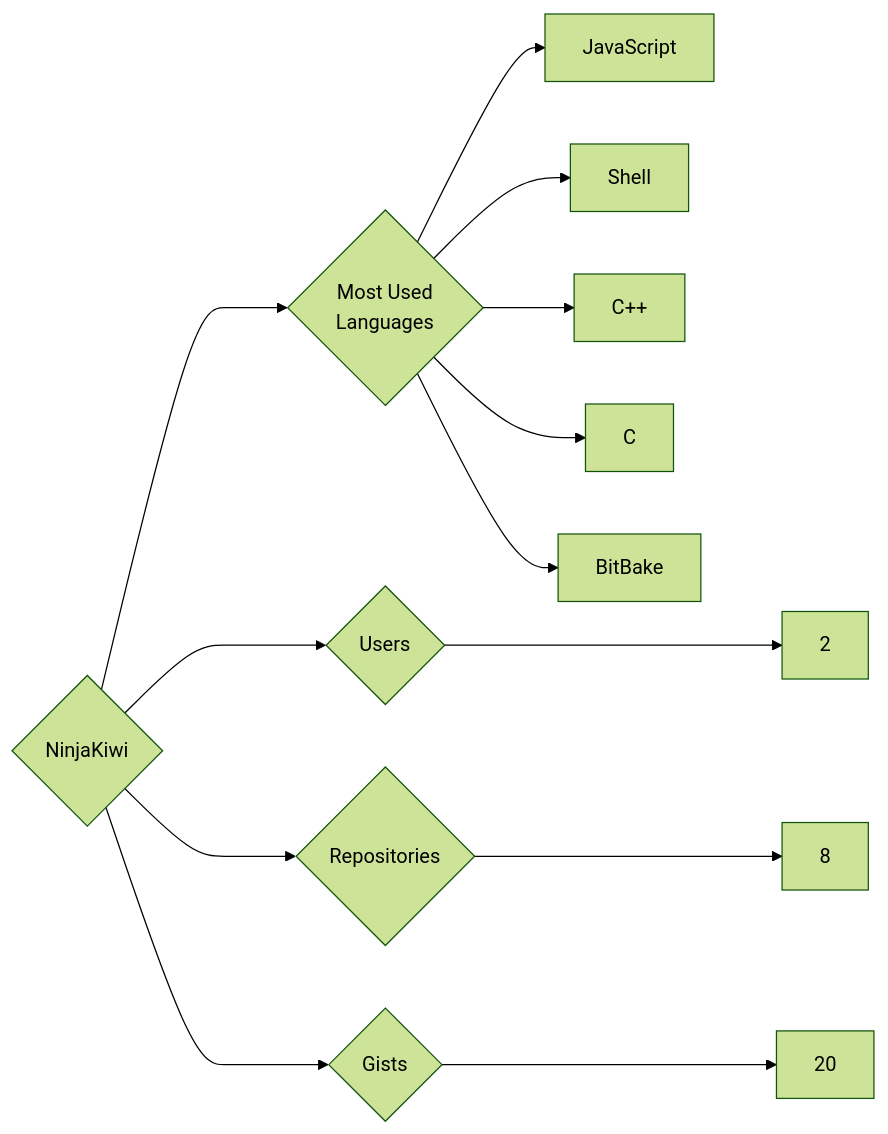
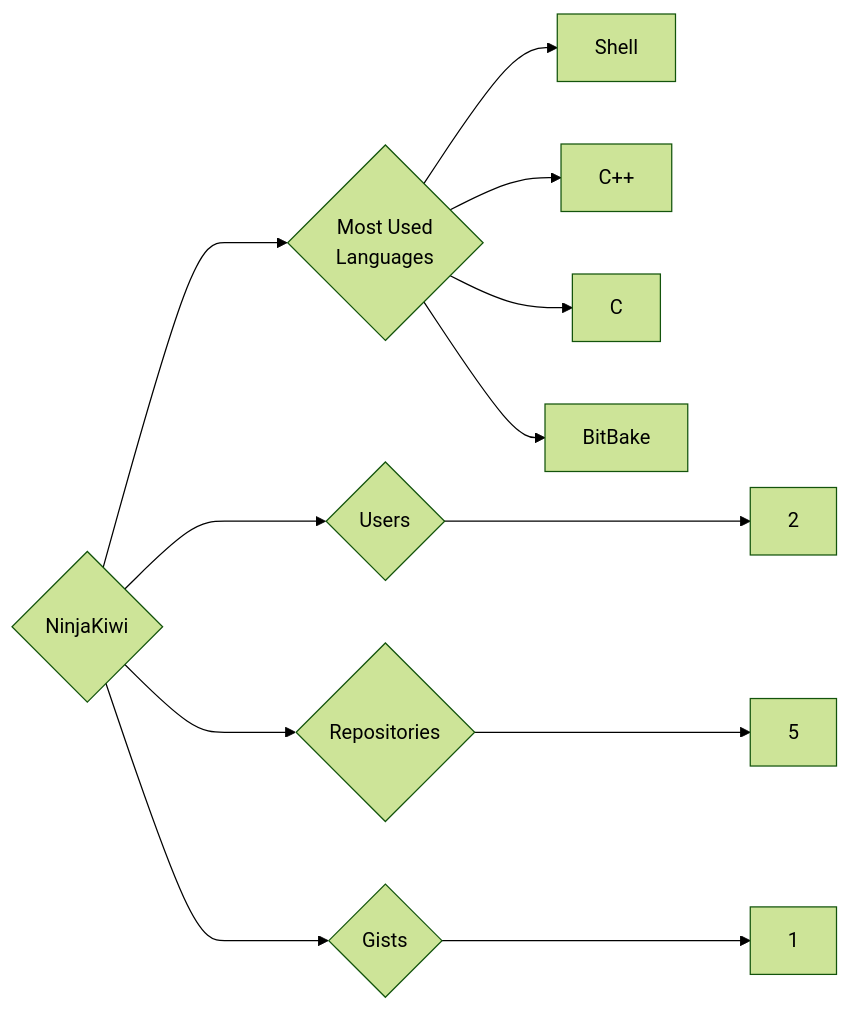
The diagram in targets/NinjaKiwi/README.md (trickest/insiders), drawn with Mermaid (forest theme) before and after one commit. The commit also changed 898 other files, not shown here.

````diff
--- a/targets/NinjaKiwi/README.md
+++ b/targets/NinjaKiwi/README.md
@@ -3,13 +3,12 @@
 ```mermaid
 graph LR
 COMPANY_NAME{NinjaKiwi}
 COMPANY_NAME ---> U{Users} ---> UN[2]
-COMPANY_NAME ---> R{Repositories} ---> RN[8]
-COMPANY_NAME ---> G{Gists} ---> GN[20]
+COMPANY_NAME ---> R{Repositories} ---> RN[5]
+COMPANY_NAME ---> G{Gists} ---> GN[1]
 COMPANY_NAME ---> ML{Most Used<br>Languages}
-ML --> JavaScript[JavaScript]
 ML --> Shell[Shell]
 ML --> C++[C++]
 ML --> C[C]
 ML --> BitBake[BitBake]
 ```
````
